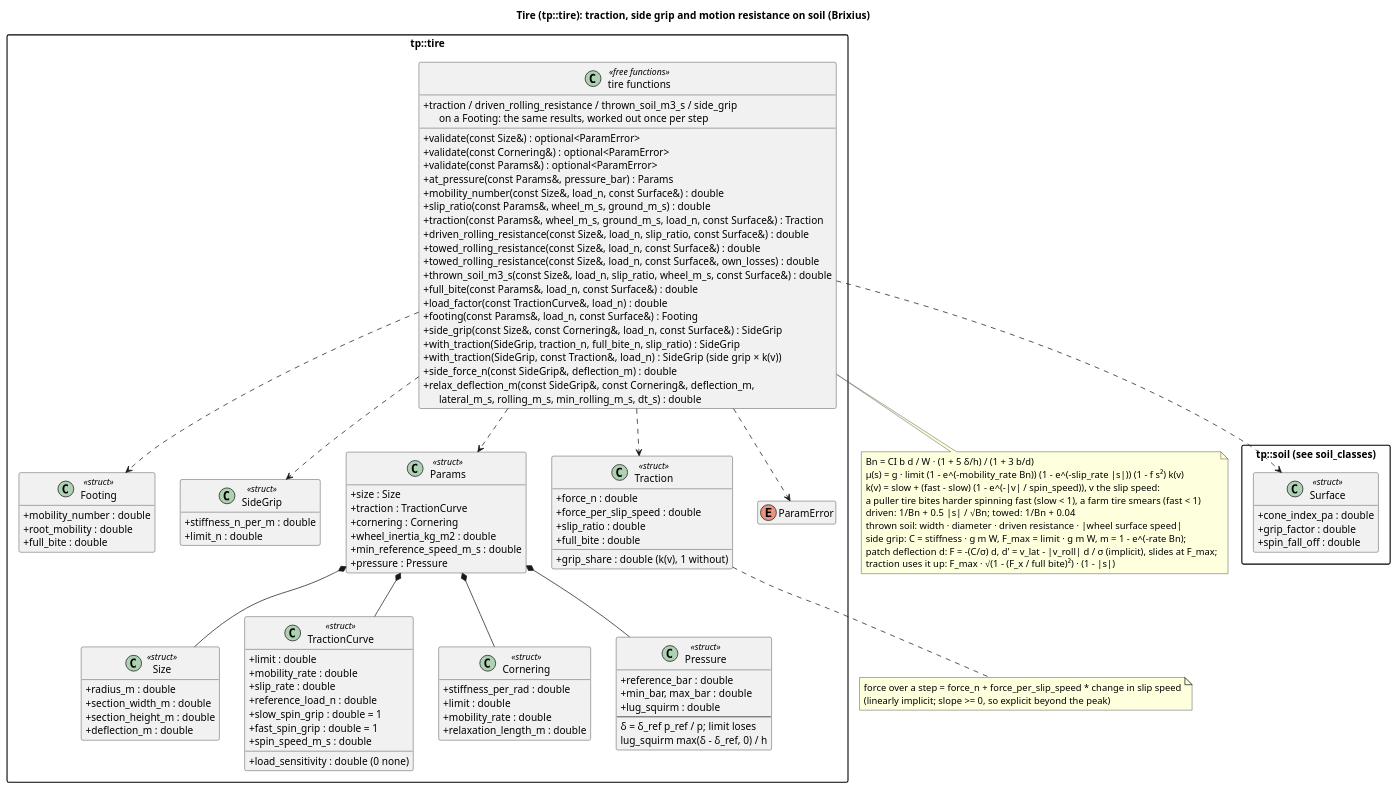
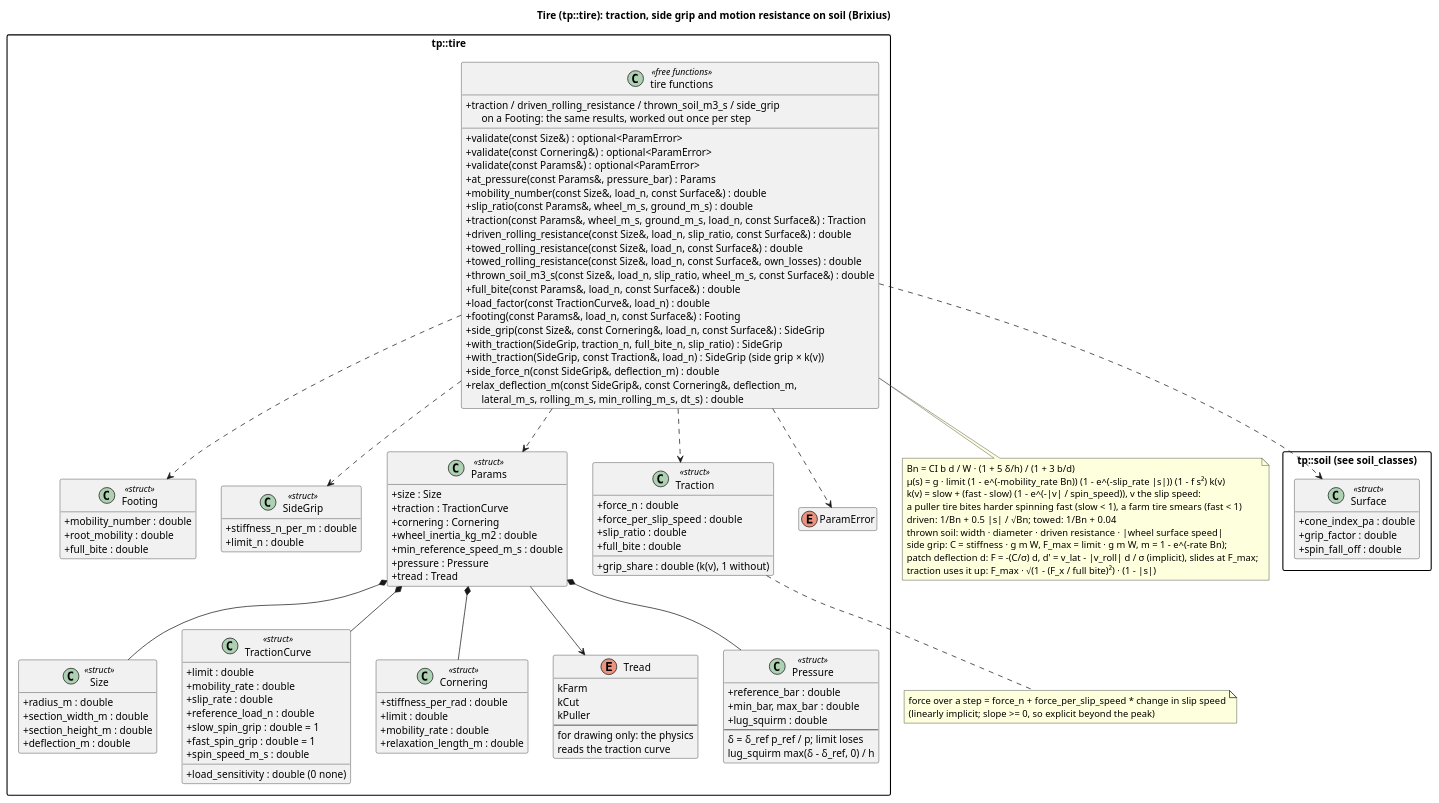
Before and after one commit to wversteeg/TractorPulling: the diagram in docs/diagrams/tire_classes.puml, drawn with PlantUML. The commit also changed 15 other files, not shown here.

```diff
--- a/docs/diagrams/tire_classes.puml
+++ b/docs/diagrams/tire_classes.puml
@@ -1,119 +1,129 @@
 @startuml tire_classes
 title Tire (tp::tire): traction, side grip and motion resistance on soil (Brixius)
 hide empty members
 skinparam packageStyle rectangle
 skinparam classAttributeIconSize 0
 
 package "tp::soil (see soil_classes)" {
   class Surface <<struct>> {
     +cone_index_pa : double
     +grip_factor : double
     +spin_fall_off : double
   }
 }
 
 package "tp::tire" {
   class Size <<struct>> {
     +radius_m : double
     +section_width_m : double
     +section_height_m : double
     +deflection_m : double
   }
   class TractionCurve <<struct>> {
     +limit : double
     +mobility_rate : double
     +slip_rate : double
     +load_sensitivity : double (0 none)
     +reference_load_n : double
     +slow_spin_grip : double = 1
     +fast_spin_grip : double = 1
     +spin_speed_m_s : double
   }
   class Cornering <<struct>> {
     +stiffness_per_rad : double
     +limit : double
     +mobility_rate : double
     +relaxation_length_m : double
   }
   class Footing <<struct>> {
     +mobility_number : double
     +root_mobility : double
     +full_bite : double
   }
   class SideGrip <<struct>> {
     +stiffness_n_per_m : double
     +limit_n : double
   }
   class Params <<struct>> {
     +size : Size
     +traction : TractionCurve
     +cornering : Cornering
     +wheel_inertia_kg_m2 : double
     +min_reference_speed_m_s : double
     +pressure : Pressure
+    +tread : Tread
+  }
+  enum Tread {
+    kFarm
+    kCut
+    kPuller
+    --
+    for drawing only: the physics
+    reads the traction curve
   }
   class Pressure <<struct>> {
     +reference_bar : double
     +min_bar, max_bar : double
     +lug_squirm : double
     --
     δ = δ_ref p_ref / p; limit loses
     lug_squirm max(δ - δ_ref, 0) / h
   }
   class Traction <<struct>> {
     +force_n : double
     +force_per_slip_speed : double
     +slip_ratio : double
     +full_bite : double
     +grip_share : double (k(v), 1 without)
   }
   enum ParamError
   class "tire functions" as TireFns <<free functions>> {
     +validate(const Size&) : optional<ParamError>
     +validate(const Cornering&) : optional<ParamError>
     +validate(const Params&) : optional<ParamError>
     +at_pressure(const Params&, pressure_bar) : Params
     +mobility_number(const Size&, load_n, const Surface&) : double
     +slip_ratio(const Params&, wheel_m_s, ground_m_s) : double
     +traction(const Params&, wheel_m_s, ground_m_s, load_n, const Surface&) : Traction
     +driven_rolling_resistance(const Size&, load_n, slip_ratio, const Surface&) : double
     +towed_rolling_resistance(const Size&, load_n, const Surface&) : double
     +towed_rolling_resistance(const Size&, load_n, const Surface&, own_losses) : double
     +thrown_soil_m3_s(const Size&, load_n, slip_ratio, wheel_m_s, const Surface&) : double
     +full_bite(const Params&, load_n, const Surface&) : double
     +load_factor(const TractionCurve&, load_n) : double
     +footing(const Params&, load_n, const Surface&) : Footing
     +traction / driven_rolling_resistance / thrown_soil_m3_s / side_grip\n      on a Footing: the same results, worked out once per step
     +side_grip(const Size&, const Cornering&, load_n, const Surface&) : SideGrip
     +with_traction(SideGrip, traction_n, full_bite_n, slip_ratio) : SideGrip
     +with_traction(SideGrip, const Traction&, load_n) : SideGrip  (side grip × k(v))
     +side_force_n(const SideGrip&, deflection_m) : double
     +relax_deflection_m(const SideGrip&, const Cornering&, deflection_m,\n      lateral_m_s, rolling_m_s, min_rolling_m_s, dt_s) : double
   }
   Params *-- Size
   Params *-- TractionCurve
   Params *-- Cornering
   Params *-- Pressure
+  Params --> Tread
   TireFns ..> SideGrip
   TireFns ..> Footing
   TireFns ..> Params
   TireFns ..> Traction
   TireFns ..> ParamError
   TireFns ..> Surface
 }
 note bottom of TireFns
   Bn = CI b d / W · (1 + 5 δ/h) / (1 + 3 b/d)
   μ(s) = g · limit (1 - e^(-mobility_rate Bn)) (1 - e^(-slip_rate |s|)) (1 - f s²) k(v)
   k(v) = slow + (fast - slow) (1 - e^(-|v| / spin_speed)), v the slip speed:
   a puller tire bites harder spinning fast (slow < 1), a farm tire smears (fast < 1)
   driven: 1/Bn + 0.5 |s| / √Bn;  towed: 1/Bn + 0.04
   thrown soil: width · diameter · driven resistance · |wheel surface speed|
   side grip: C = stiffness · g m W, F_max = limit · g m W, m = 1 - e^(-rate Bn);
   patch deflection d: F = -(C/σ) d, d' = v_lat - |v_roll| d / σ (implicit), slides at F_max;
   traction uses it up: F_max · √(1 - (F_x / full bite)²) · (1 - |s|)
 end note
 note bottom of Traction
   force over a step = force_n + force_per_slip_speed * change in slip speed
   (linearly implicit; slope >= 0, so explicit beyond the peak)
 end note
 @enduml
```
